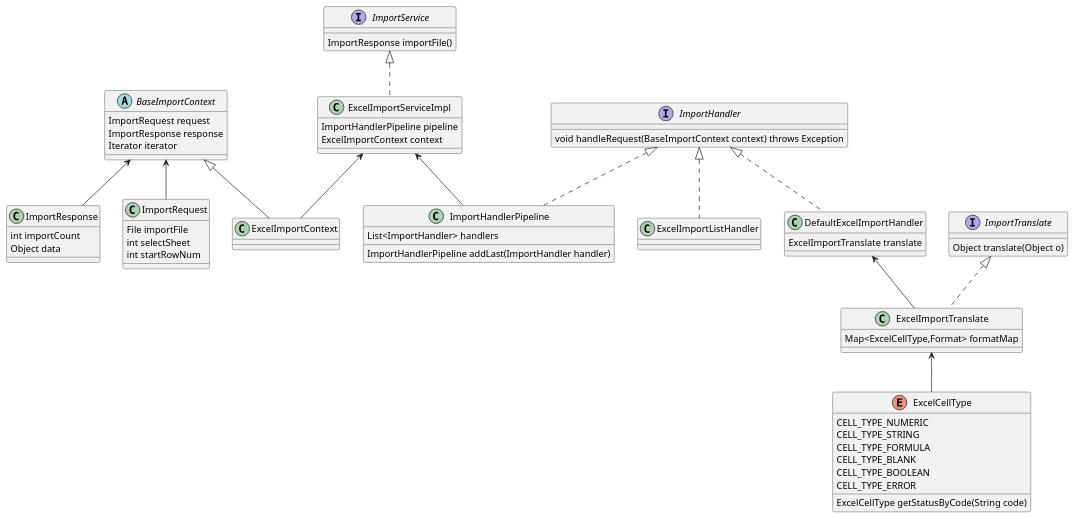
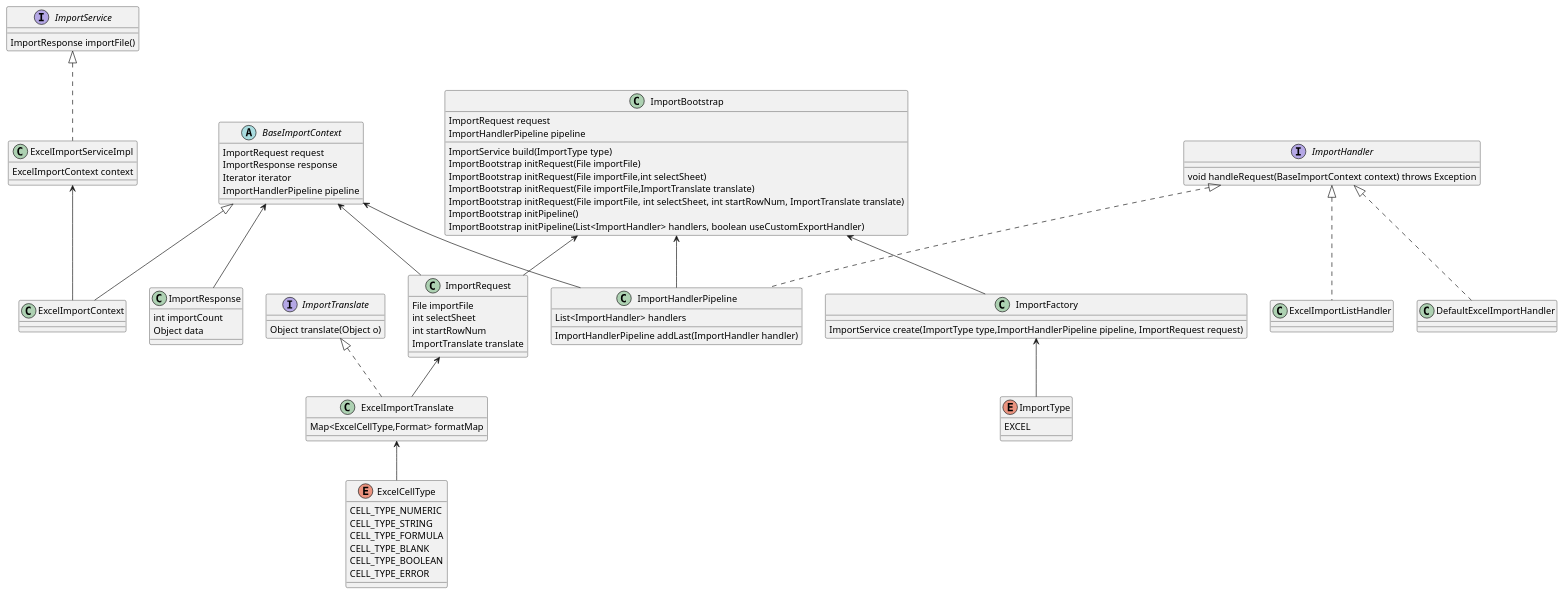
Before and after one commit to hongbofan/file-import-export: the diagram in import/src/main/java/com/flyread/file/imp0rt/container_file_import_export_component_class.puml, drawn with PlantUML. The commit also changed 34 other files, not shown here.

```diff
--- a/import/src/main/java/com/flyread/file/imp0rt/container_file_import_export_component_class.puml
+++ b/import/src/main/java/com/flyread/file/imp0rt/container_file_import_export_component_class.puml
@@ -1,59 +1,78 @@
 @startuml
 abstract class BaseImportContext {
     ImportRequest request
     ImportResponse response
     Iterator iterator
+    ImportHandlerPipeline pipeline
 }
 class ExcelImportContext extends BaseImportContext {
 }
 interface ImportHandler {
     void handleRequest(BaseImportContext context) throws Exception
 }
 interface ImportService {
     ImportResponse importFile()
 }
 interface ImportTranslate {
     Object translate(Object o)
 }
 class ExcelImportTranslate implements ImportTranslate {
     Map<ExcelCellType,Format> formatMap
 }
 class ImportHandlerPipeline implements ImportHandler {
     List<ImportHandler> handlers
     ImportHandlerPipeline addLast(ImportHandler handler)
 }
 class ExcelImportListHandler implements ImportHandler {
 }
 class DefaultExcelImportHandler implements ImportHandler {
-    ExcelImportTranslate translate
 }
 class ExcelImportServiceImpl implements ImportService {
-    ImportHandlerPipeline pipeline
     ExcelImportContext context
 }
 enum ExcelCellType {
     CELL_TYPE_NUMERIC
     CELL_TYPE_STRING
     CELL_TYPE_FORMULA
     CELL_TYPE_BLANK
     CELL_TYPE_BOOLEAN
     CELL_TYPE_ERROR
-    ExcelCellType getStatusByCode(String code)
 }
 class ImportResponse {
     int importCount
     Object data
 }
 class ImportRequest {
     File importFile
     int selectSheet
     int startRowNum
+    ImportTranslate translate
+}
+class ImportFactory {
+    ImportService create(ImportType type,ImportHandlerPipeline pipeline, ImportRequest request)
+}
+enum ImportType {
+    EXCEL
+}
+class ImportBootstrap {
+    ImportRequest request
+    ImportHandlerPipeline pipeline
+    ImportService build(ImportType type)
+    ImportBootstrap initRequest(File importFile)
+    ImportBootstrap initRequest(File importFile,int selectSheet)
+    ImportBootstrap initRequest(File importFile,ImportTranslate translate)
+    ImportBootstrap initRequest(File importFile, int selectSheet, int startRowNum, ImportTranslate translate)
+    ImportBootstrap initPipeline()
+    ImportBootstrap initPipeline(List<ImportHandler> handlers, boolean useCustomExportHandler)
 }
 ExcelImportServiceImpl <-- ExcelImportContext
-ExcelImportServiceImpl <-- ImportHandlerPipeline
-DefaultExcelImportHandler <-- ExcelImportTranslate
 ExcelImportTranslate <-- ExcelCellType
 BaseImportContext <-- ImportResponse
 BaseImportContext <-- ImportRequest
-
+BaseImportContext <-- ImportHandlerPipeline
+ImportRequest <-- ExcelImportTranslate
+ImportFactory <-- ImportType
+ImportBootstrap <-- ImportFactory
+ImportBootstrap <-- ImportRequest
+ImportBootstrap <-- ImportHandlerPipeline
 @enduml
```
